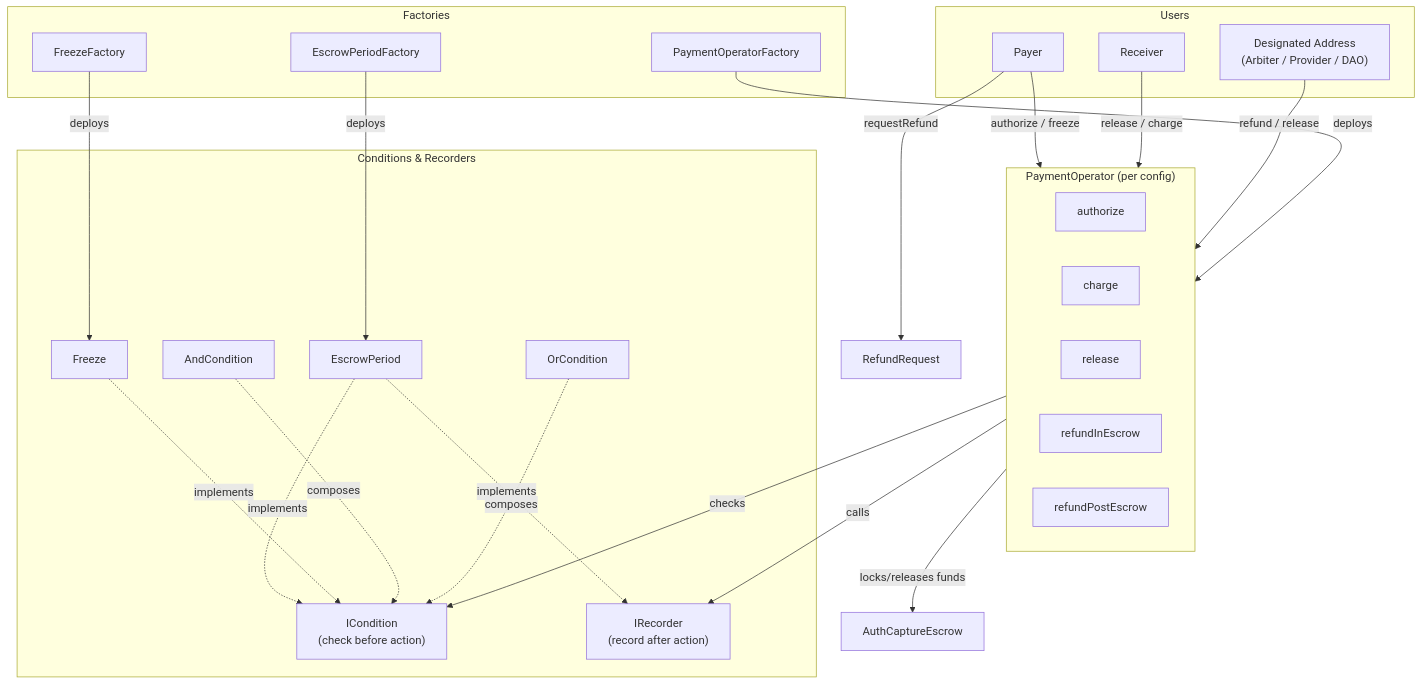
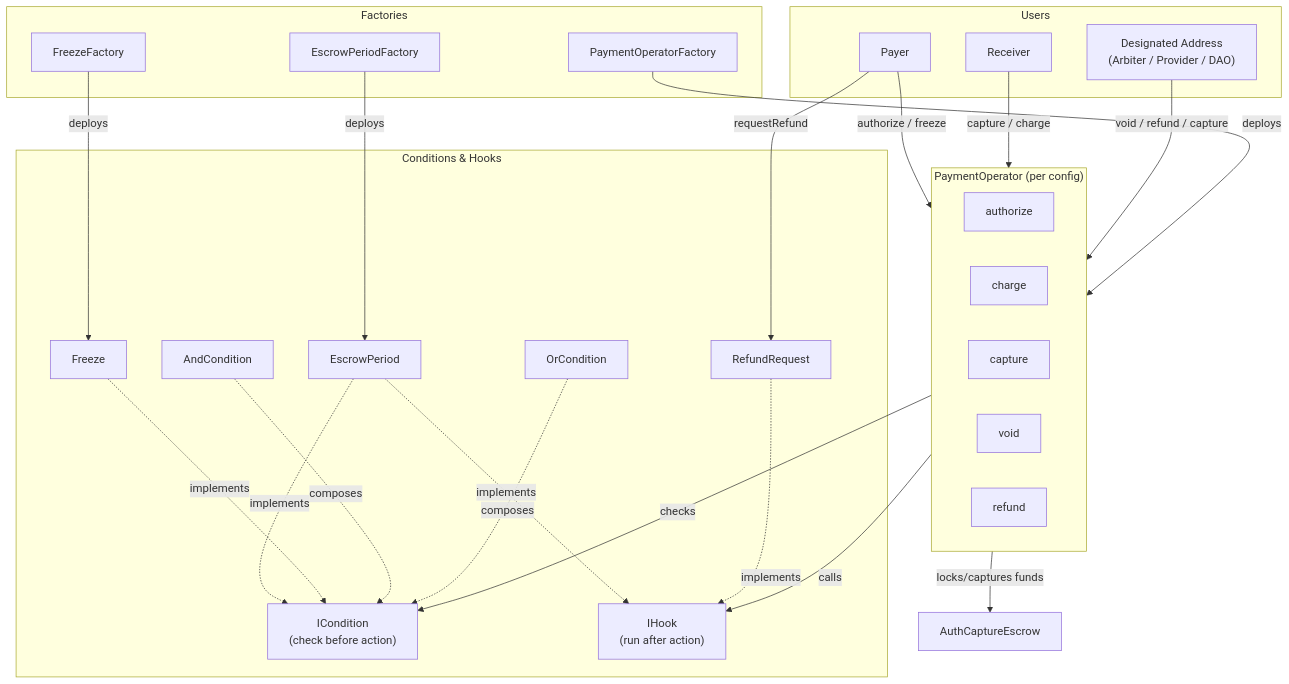
Before and after one commit to BackTrackCo/docs: the diagram in contracts/architecture.mdx, drawn with Mermaid. The commit also changed other lines of this file and 78 other files, not shown here.

````diff
--- a/contracts/architecture.mdx
+++ b/contracts/architecture.mdx
@@ -9,53 +9,54 @@
 ```mermaid
 flowchart TB
     subgraph Users
         Payer
         Receiver
         DesAddr["Designated Address<br/>(Arbiter / Provider / DAO)"]
     end
 
     subgraph Factories
         POF[PaymentOperatorFactory]
         EPF[EscrowPeriodFactory]
         FF[FreezeFactory]
     end
 
     subgraph Operator["PaymentOperator (per config)"]
         Auth[authorize]
         Charge[charge]
-        Release[release]
-        RefundIE[refundInEscrow]
-        RefundPE[refundPostEscrow]
+        Capture[capture]
+        Void[void]
+        Refund[refund]
     end
 
-    subgraph Plugins["Conditions & Recorders"]
+    subgraph Plugins["Conditions & Hooks"]
         Cond["ICondition<br/>(check before action)"]
-        Rec["IRecorder<br/>(record after action)"]
+        Hook["IHook<br/>(run after action)"]
         EP[EscrowPeriod]
         Freeze[Freeze]
         And[AndCondition]
         Or[OrCondition]
+        RR[RefundRequest]
     end
 
     Escrow[AuthCaptureEscrow]
-    RR[RefundRequest]
 
     Payer -->|authorize / freeze| Operator
-    Receiver -->|release / charge| Operator
-    DesAddr -->|refund / release| Operator
+    Receiver -->|capture / charge| Operator
+    DesAddr -->|void / refund / capture| Operator
     Payer -->|requestRefund| RR
 
     POF -->|deploys| Operator
     EPF -->|deploys| EP
     FF -->|deploys| Freeze
 
     Operator -->|checks| Cond
-    Operator -->|calls| Rec
-    Operator -->|locks/releases funds| Escrow
+    Operator -->|calls| Hook
+    Operator -->|locks/captures funds| Escrow
 
     EP -.->|implements| Cond
-    EP -.->|implements| Rec
+    EP -.->|implements| Hook
     Freeze -.->|implements| Cond
+    RR -.->|implements| Hook
     And -.->|composes| Cond
     Or -.->|composes| Cond
 ```
````
